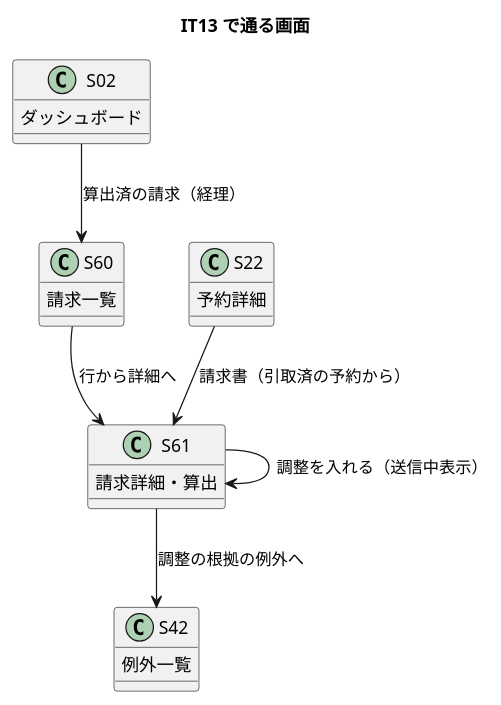
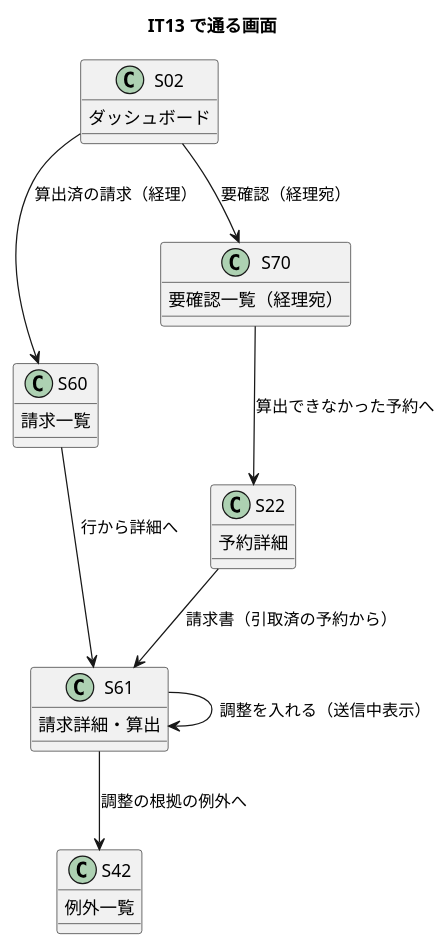
Before and after one commit to k2works/case-study-cargo-tracker: the fourth of 4 diagrams in docs/development/cargo-tracker/iteration_plan-13.md, drawn with PlantUML. The commit also changed other lines of this file and 3 other files, not shown here.

````diff
--- a/docs/development/cargo-tracker/iteration_plan-13.md
+++ b/docs/development/cargo-tracker/iteration_plan-13.md
@@ -361,17 +384,20 @@
 ```plantuml
 @startuml
 title IT13 で通る画面
 
 S02 : ダッシュボード
 S60 : 請求一覧
 S61 : 請求詳細・算出
 S22 : 予約詳細
 S42 : 例外一覧
+S70 : 要確認一覧（経理宛）
 
 S02 --> S60 : 算出済の請求（経理）
 S60 --> S61 : 行から詳細へ
 S61 --> S61 : 調整を入れる（送信中表示）
 S22 --> S61 : 請求書（引取済の予約から）
 S61 --> S42 : 調整の根拠の例外へ
+S02 --> S70 : 要確認（経理宛）
+S70 --> S22 : 算出できなかった予約へ
 @enduml
 ```
````
